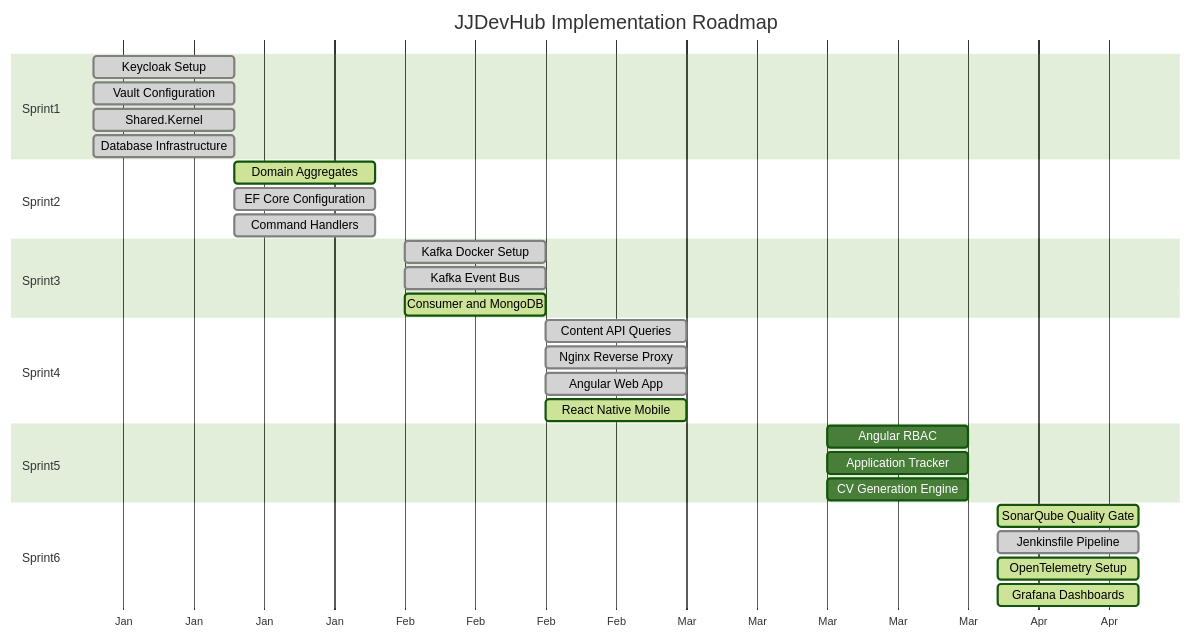
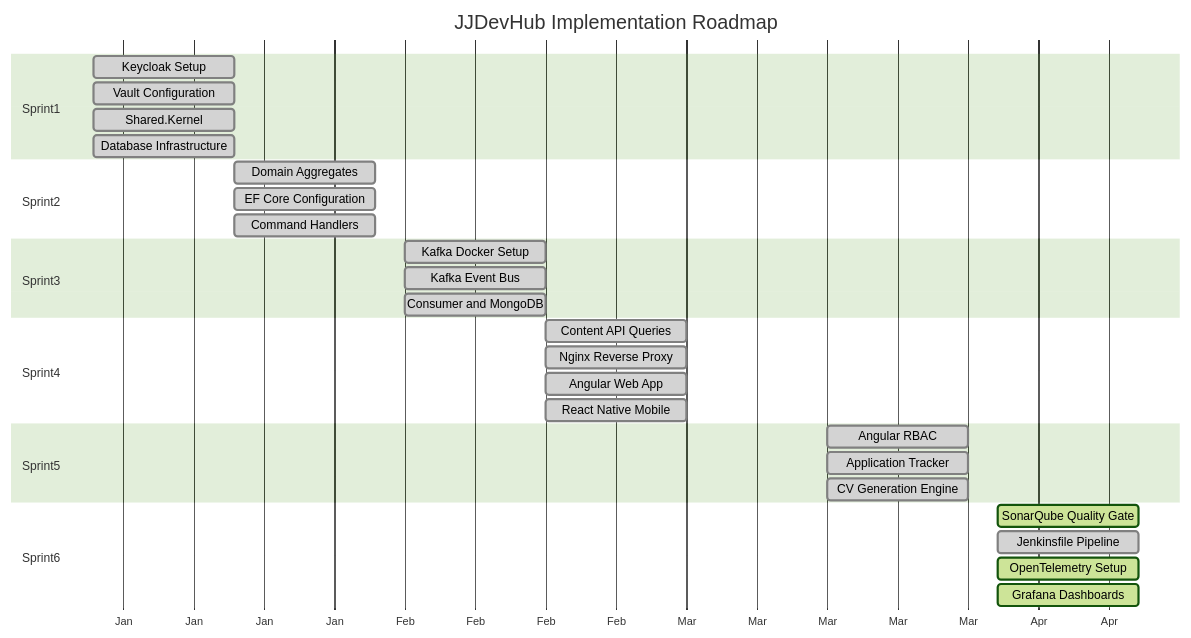
Before and after one commit to jtjaskulski/JJDevHub: the diagram in docs/backlog/README.md, drawn with Mermaid (forest theme). The commit also changed other lines of this file and 5 other files, not shown here.

Commit message:
feat(readme): update sprint statuses and enhance API documentation for CV generation and application tracking

````diff
--- a/docs/backlog/README.md
+++ b/docs/backlog/README.md
@@ -15,39 +15,39 @@
 ```mermaid
 gantt
     title JJDevHub Implementation Roadmap
     dateFormat YYYY-MM-DD
     axisFormat %b
 
     section Sprint1
     Keycloak Setup           :done, s1t1, 2026-01-01, 14d
     Vault Configuration      :done, s1t2, 2026-01-01, 14d
     Shared.Kernel            :done, s1t3, 2026-01-01, 14d
     Database Infrastructure  :done, s1t4, 2026-01-01, 14d
 
     section Sprint2
-    Domain Aggregates        :active, s2t1, 2026-01-15, 14d
+    Domain Aggregates        :done, s2t1, 2026-01-15, 14d
     EF Core Configuration    :done, s2t2, 2026-01-15, 14d
     Command Handlers         :done, s2t3, 2026-01-15, 14d
 
     section Sprint3
     Kafka Docker Setup       :done, s3t1, 2026-02-01, 14d
     Kafka Event Bus          :done, s3t2, 2026-02-01, 14d
-    Consumer and MongoDB     :active, s3t3, 2026-02-01, 14d
+    Consumer and MongoDB     :done, s3t3, 2026-02-01, 14d
 
     section Sprint4
     Content API Queries      :done, s4t1, 2026-02-15, 14d
     Nginx Reverse Proxy      :done, s4t2, 2026-02-15, 14d
     Angular Web App          :done, s4t3, 2026-02-15, 14d
-    React Native Mobile      :active, s4t4, 2026-02-15, 14d
+    React Native Mobile      :done, s4t4, 2026-02-15, 14d
 
     section Sprint5
-    Angular RBAC             :s5t1, 2026-03-15, 14d
-    Application Tracker      :s5t2, 2026-03-15, 14d
-    CV Generation Engine     :s5t3, 2026-03-15, 14d
+    Angular RBAC             :done, s5t1, 2026-03-15, 14d
+    Application Tracker      :done, s5t2, 2026-03-15, 14d
+    CV Generation Engine     :done, s5t3, 2026-03-15, 14d
 
     section Sprint6
     SonarQube Quality Gate   :active, s6t1, 2026-04-01, 14d
     Jenkinsfile Pipeline     :done, s6t2, 2026-04-01, 14d
     OpenTelemetry Setup      :active, s6t3, 2026-04-01, 14d
     Grafana Dashboards       :active, s6t4, 2026-04-01, 14d
 ```
````
